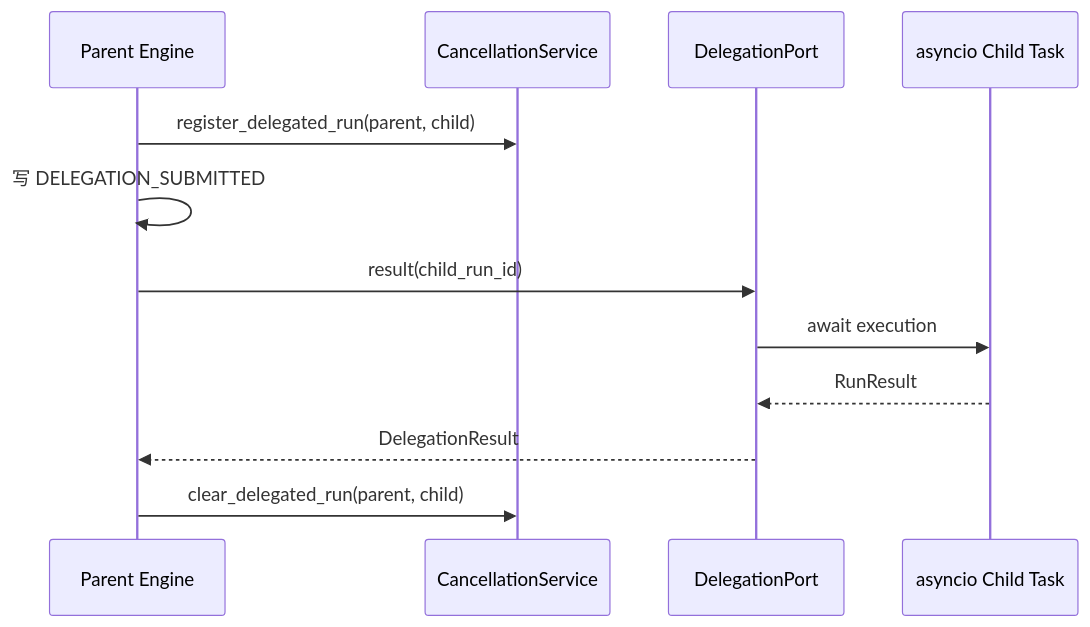
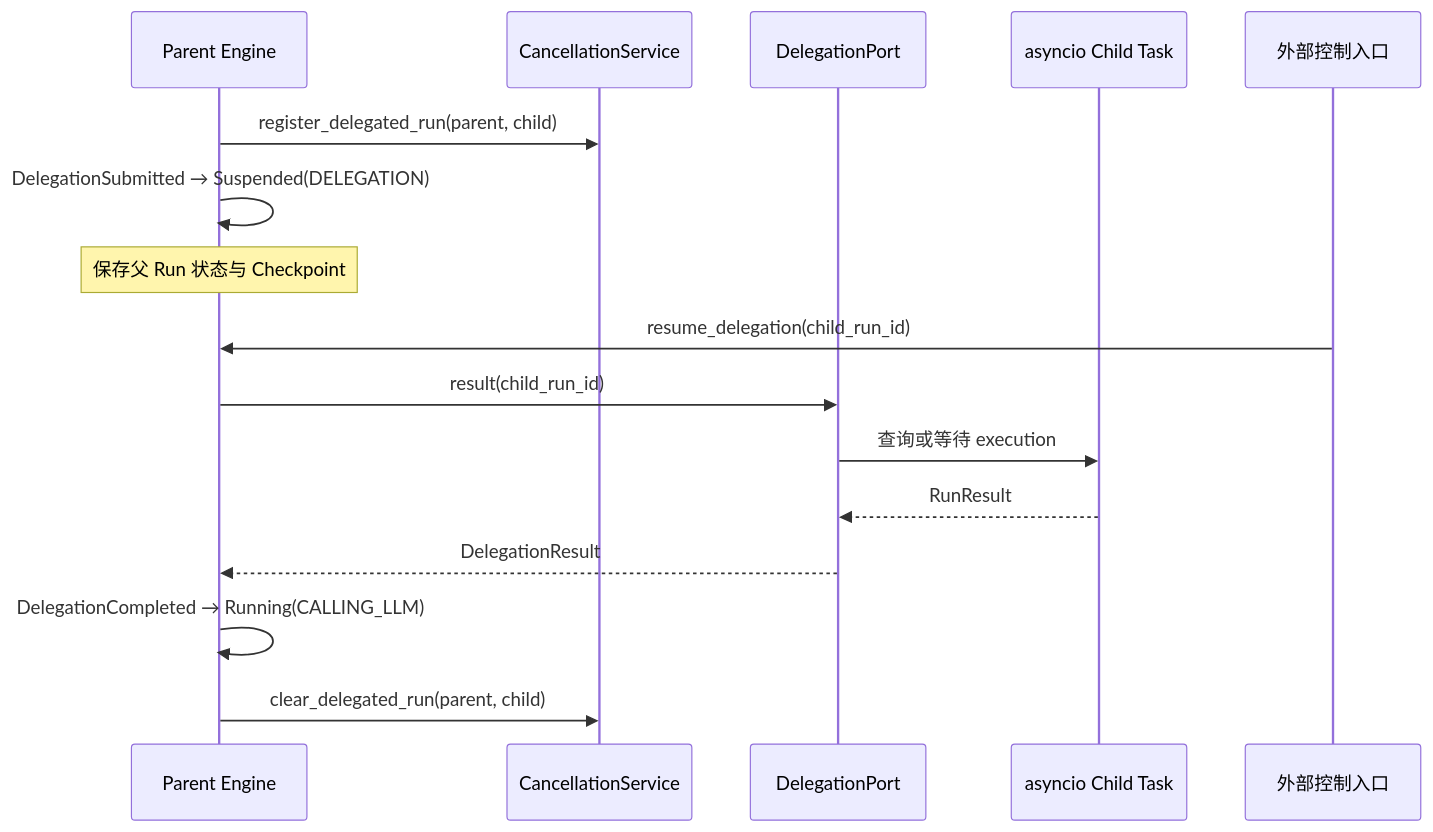
Before and after one commit to aandbcct/dotClaw: diagram 12 of 22 in docs/wiki/Orchestration 与 Delegation 模块总体说明.md, drawn with Mermaid. The commit also changed other lines of this file and 12 other files, not shown here.

````diff
--- a/docs/wiki/Orchestration 与 Delegation 模块总体说明.md
+++ b/docs/wiki/Orchestration 与 Delegation 模块总体说明.md
@@ -1284,15 +1288,19 @@
 ```mermaid
 sequenceDiagram
     participant Engine as Parent Engine
     participant Cancel as CancellationService
     participant Adapter as DelegationPort
     participant Child as asyncio Child Task
 
     Engine->>Cancel: register_delegated_run(parent, child)
-    Engine->>Engine: 写 DELEGATION_SUBMITTED
+    Engine->>Engine: DelegationSubmitted → Suspended(DELEGATION)
+    Note over Engine: 保存父 Run 状态与 Checkpoint
+    participant Control as 外部控制入口
+    Control->>Engine: resume_delegation(child_run_id)
     Engine->>Adapter: result(child_run_id)
-    Adapter->>Child: await execution
+    Adapter->>Child: 查询或等待 execution
     Child-->>Adapter: RunResult
     Adapter-->>Engine: DelegationResult
+    Engine->>Engine: DelegationCompleted → Running(CALLING_LLM)
     Engine->>Cancel: clear_delegated_run(parent, child)
 ```
````
